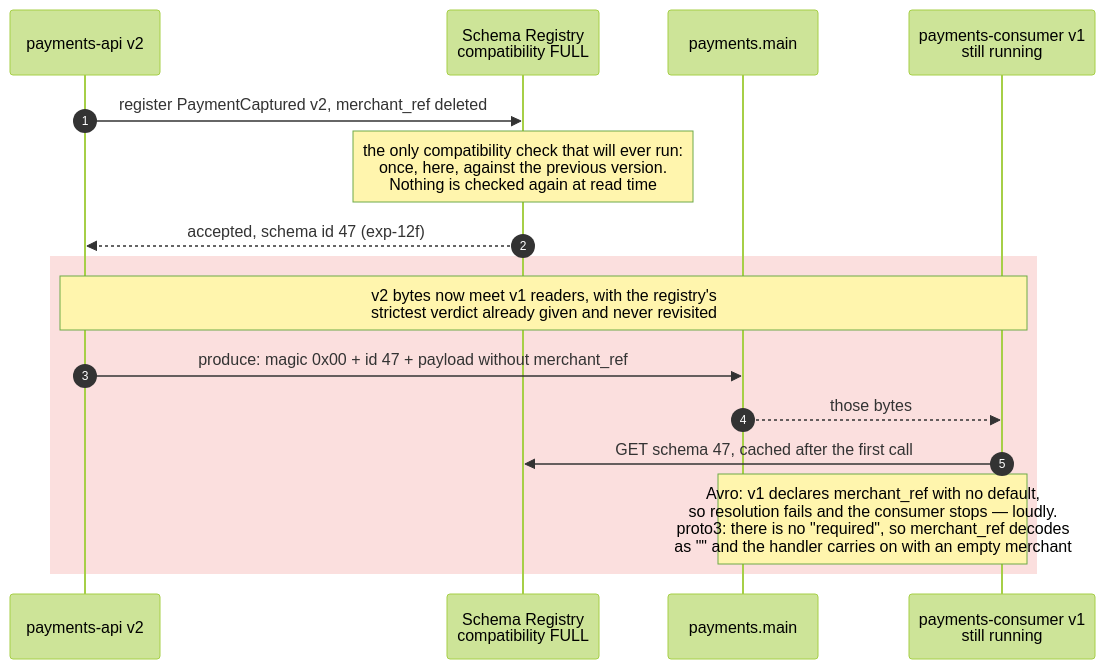
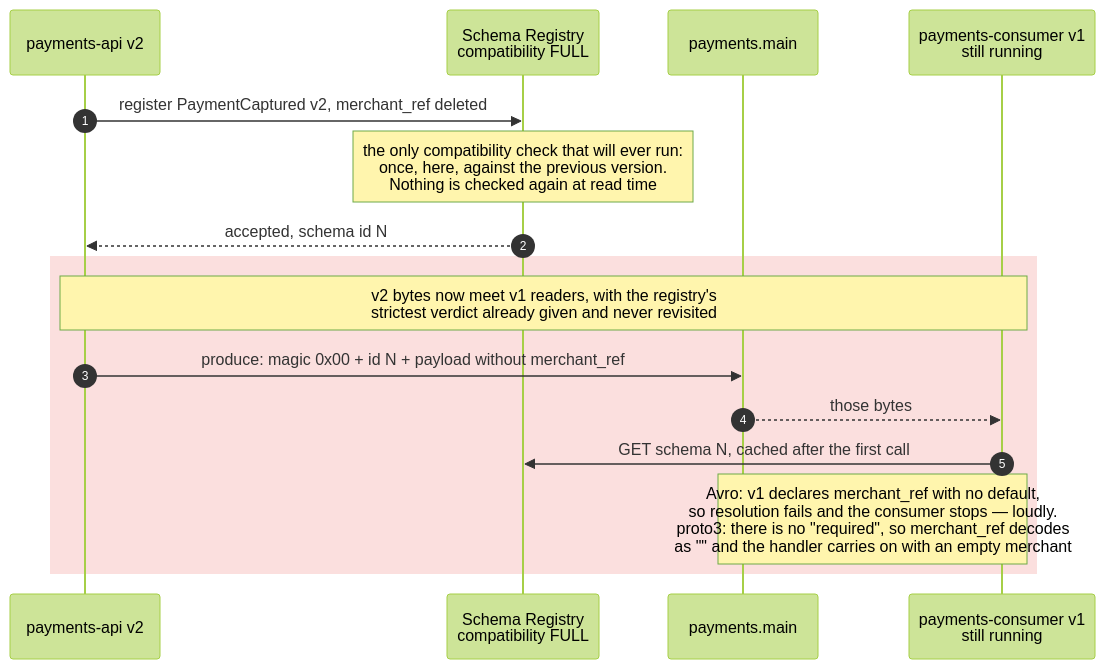
Before and after one commit to DmytroLysenko1/Kafka-lab: the first of 3 diagrams in docs/static/09-schema-evolution.md, drawn with Mermaid (forest theme). The commit also changed other lines of this file and 36 other files, not shown here.

````diff
--- a/docs/static/09-schema-evolution.md
+++ b/docs/static/09-schema-evolution.md
@@ -22,20 +22,20 @@
 ```mermaid
 sequenceDiagram
     autonumber
     participant P as payments-api v2
     participant SR as Schema Registry<br/>compatibility FULL
     participant T as payments.main
     participant C1 as payments-consumer v1<br/>still running
 
     P->>SR: register PaymentCaptured v2, merchant_ref deleted
     Note over SR: the only compatibility check that will ever run:<br/>once, here, against the previous version.<br/>Nothing is checked again at read time
-    SR-->>P: accepted, schema id 47 (exp-12f)
+    SR-->>P: accepted, schema id N
 
     rect rgba(229, 57, 53, 0.16)
         Note over P,C1: v2 bytes now meet v1 readers, with the registry's<br/>strictest verdict already given and never revisited
-        P->>T: produce: magic 0x00 + id 47 + payload without merchant_ref
+        P->>T: produce: magic 0x00 + id N + payload without merchant_ref
         T-->>C1: those bytes
-        C1->>SR: GET schema 47, cached after the first call
+        C1->>SR: GET schema N, cached after the first call
         Note over T,C1: Avro: v1 declares merchant_ref with no default,<br/>so resolution fails and the consumer stops — loudly.<br/>proto3: there is no "required", so merchant_ref decodes<br/>as "" and the handler carries on with an empty merchant
     end
 ```
````
